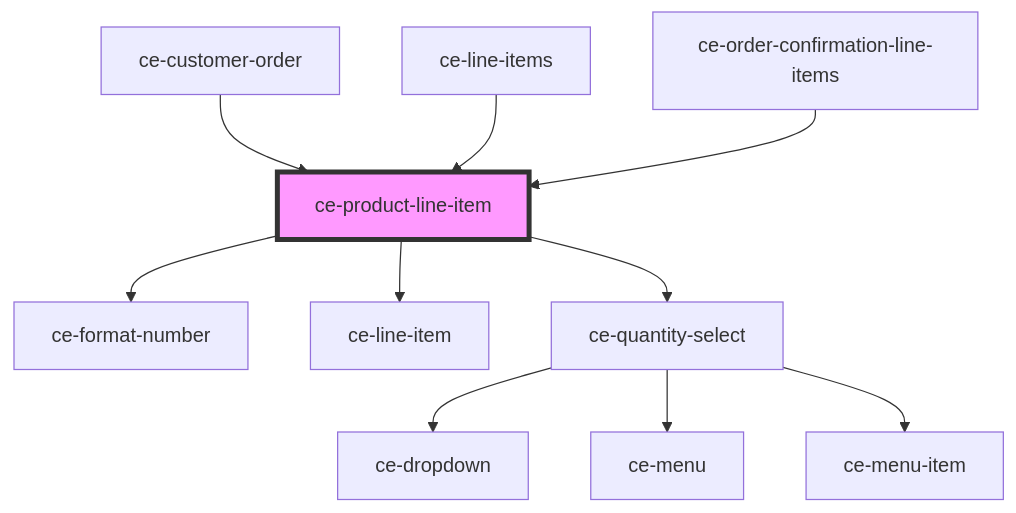
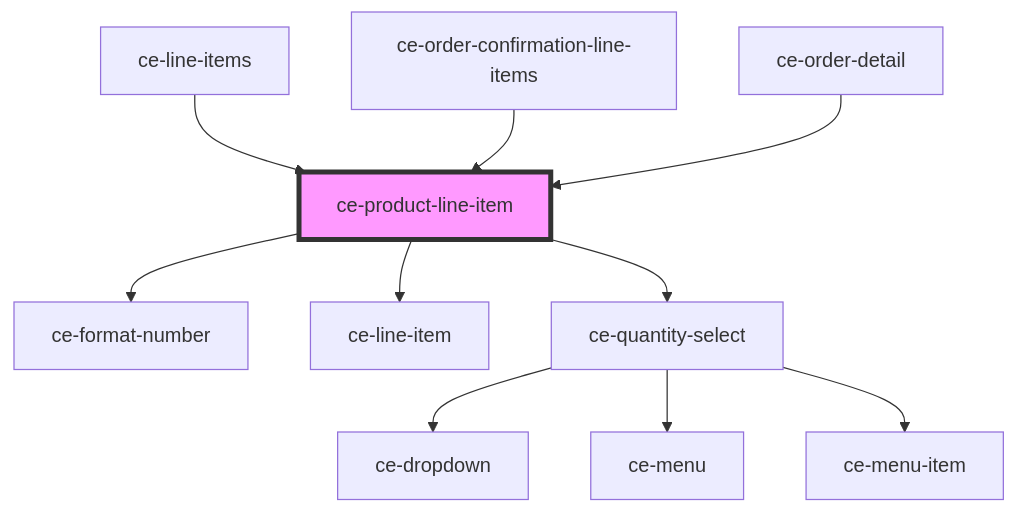
The diagram in packages/components/src/components/ui/product-line-item/readme.md (surecart/surecart-wp-plugin), drawn with Mermaid before and after one commit. The commit also changed other lines of this file and 162 other files, not shown here.

````diff
--- a/packages/components/src/components/ui/product-line-item/readme.md
+++ b/packages/components/src/components/ui/product-line-item/readme.md
@@ -46,13 +46,13 @@
 ```mermaid
 graph TD;
   ce-product-line-item --> ce-format-number
   ce-product-line-item --> ce-line-item
   ce-product-line-item --> ce-quantity-select
   ce-quantity-select --> ce-dropdown
   ce-quantity-select --> ce-menu
   ce-quantity-select --> ce-menu-item
-  ce-customer-order --> ce-product-line-item
   ce-line-items --> ce-product-line-item
   ce-order-confirmation-line-items --> ce-product-line-item
+  ce-order-detail --> ce-product-line-item
   style ce-product-line-item fill:#f9f,stroke:#333,stroke-width:4px
 ```
````
